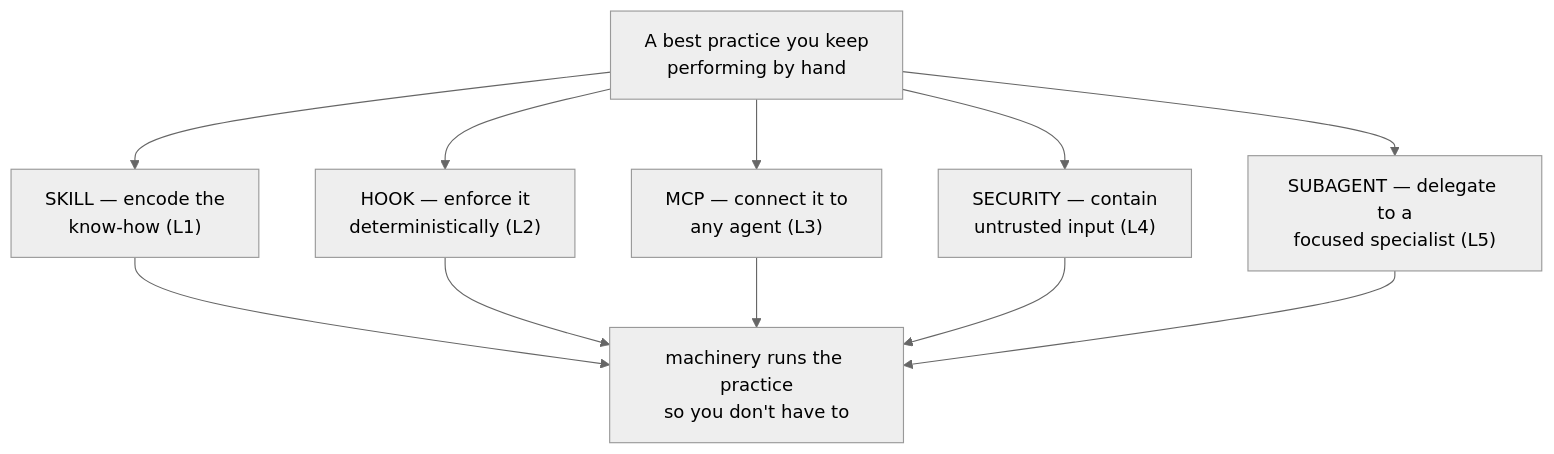
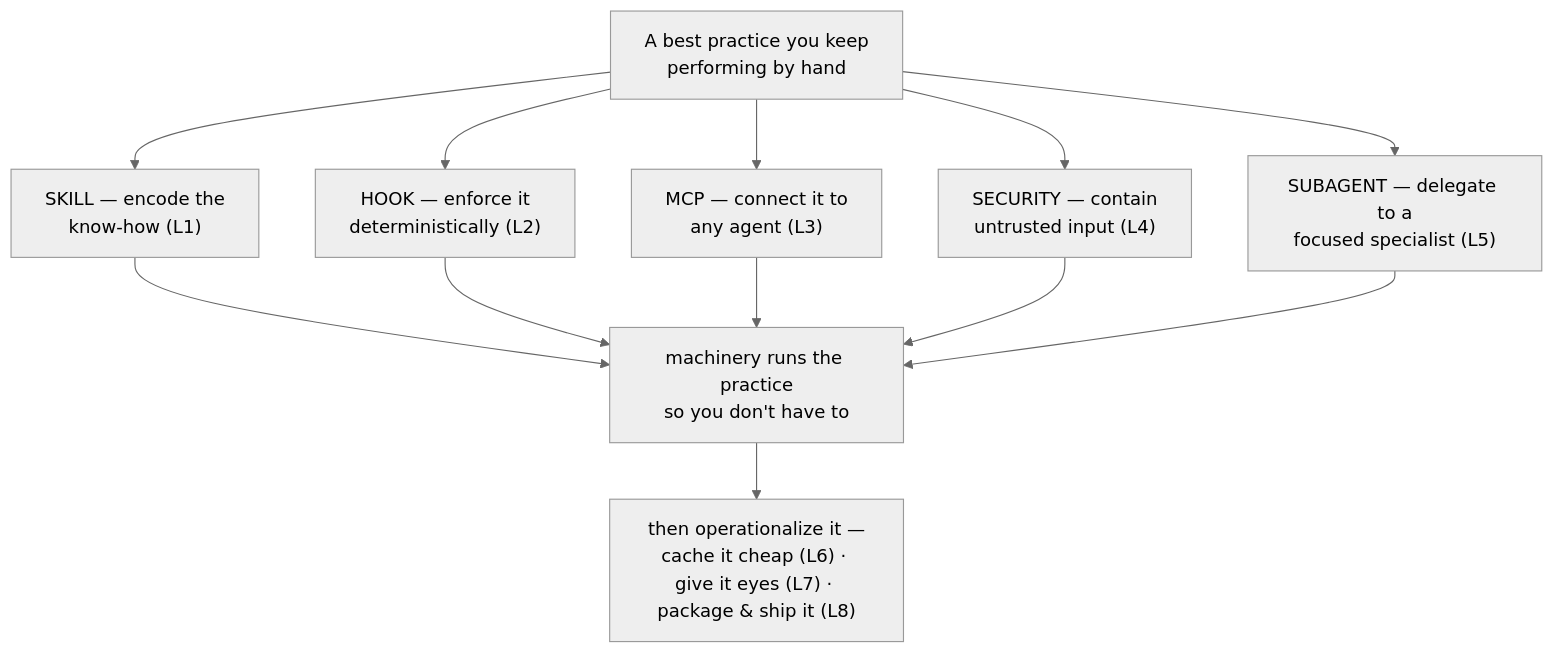
The diagram in docs/curriculum/07-advanced-patterns/index.md (CodyAMaughan/agent-first-engineering), drawn with Mermaid (neutral theme) before and after one commit. The commit also changed other lines of this file and 6 other files, not shown here.

````diff
--- a/docs/curriculum/07-advanced-patterns/index.md
+++ b/docs/curriculum/07-advanced-patterns/index.md
@@ -48,14 +49,15 @@
 ```mermaid
 flowchart TB
     D["A best practice you keep<br/>performing by hand"]
     D --> S["SKILL — encode the<br/>know-how (L1)"]
     D --> H["HOOK — enforce it<br/>deterministically (L2)"]
     D --> M["MCP — connect it to<br/>any agent (L3)"]
     D --> SEC["SECURITY — contain<br/>untrusted input (L4)"]
     D --> SUB["SUBAGENT — delegate to a<br/>focused specialist (L5)"]
     S --> R["machinery runs the practice<br/>so you don't have to"]
     H --> R
     M --> R
     SEC --> R
     SUB --> R
+    R --> OPS["then operationalize it —<br/>cache it cheap (L6) · give it eyes (L7) · package & ship it (L8)"]
 ```
````
